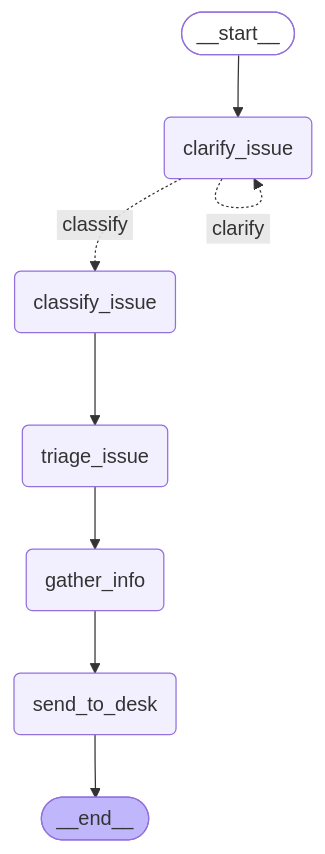
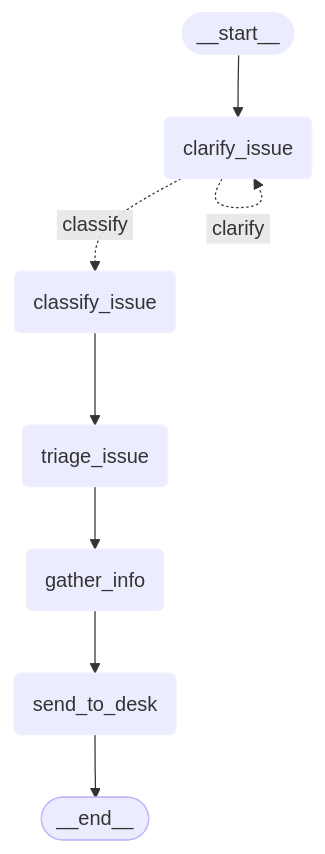
The diagram in src/workflows/support_desk/README.md (dextersjab/agentic-workbench-langgraph), drawn with Mermaid before and after one commit.

Commit message:
minor update to mermaid diagram styling

````diff
--- a/src/workflows/support_desk/README.md
+++ b/src/workflows/support_desk/README.md
@@ -26,22 +26,22 @@
 ```mermaid
 graph TD;
     __start__([<p>__start__</p>]):::first
     clarify_issue(clarify_issue)
     classify_issue(classify_issue)
     triage_issue(triage_issue)
     gather_info(gather_info)
     send_to_desk(send_to_desk)
     __end__([<p>__end__</p>]):::last
 
     __start__ --> clarify_issue;
     clarify_issue -. &nbsp;classify&nbsp; .-> classify_issue;
     classify_issue --> triage_issue;
     gather_info --> send_to_desk;
     triage_issue --> gather_info;
     send_to_desk --> __end__;
     clarify_issue -. &nbsp;clarify&nbsp; .-> clarify_issue;
     
-    classDef default fill:#f2f0ff,line-height:1.2
-    classDef first fill-opacity:0
-    classDef last fill:#bfb6fc
+    classDef default stroke:#f2f0ff,line-height:1.2
+    classDef first stroke-opacity:0
+    classDef last stroke:#bfb6fc
 ```
````
